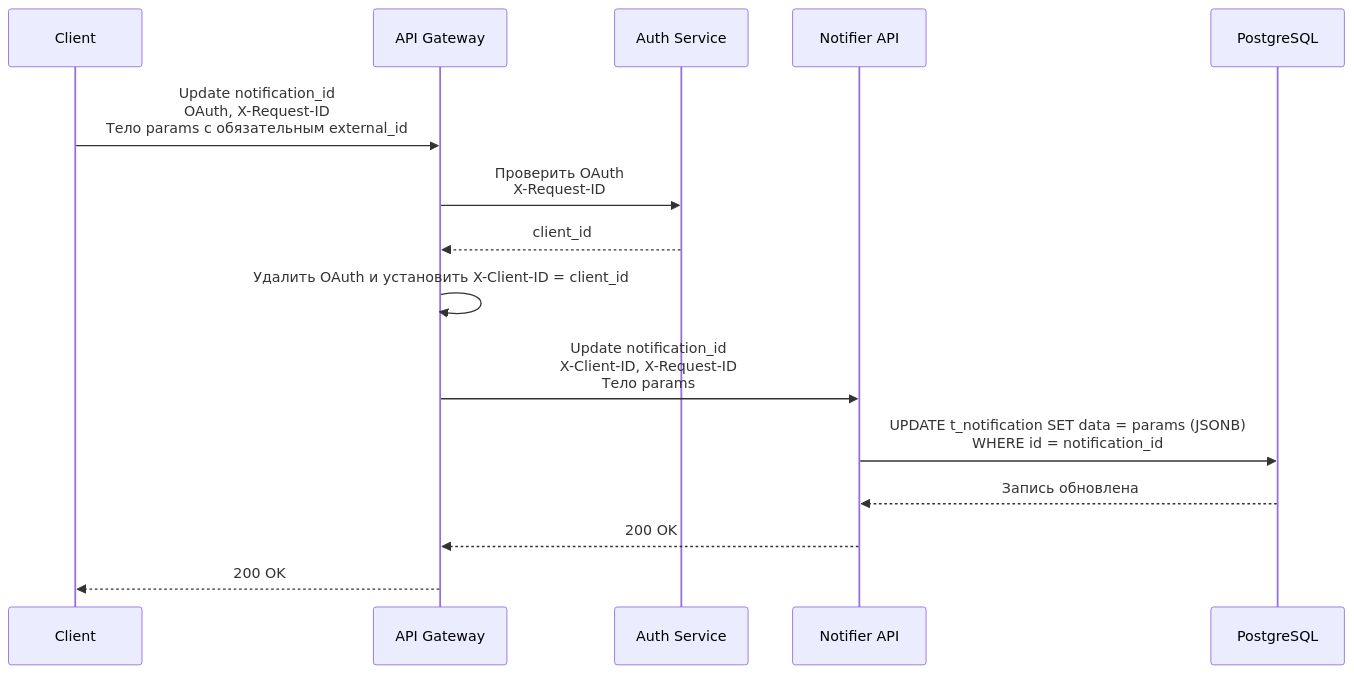
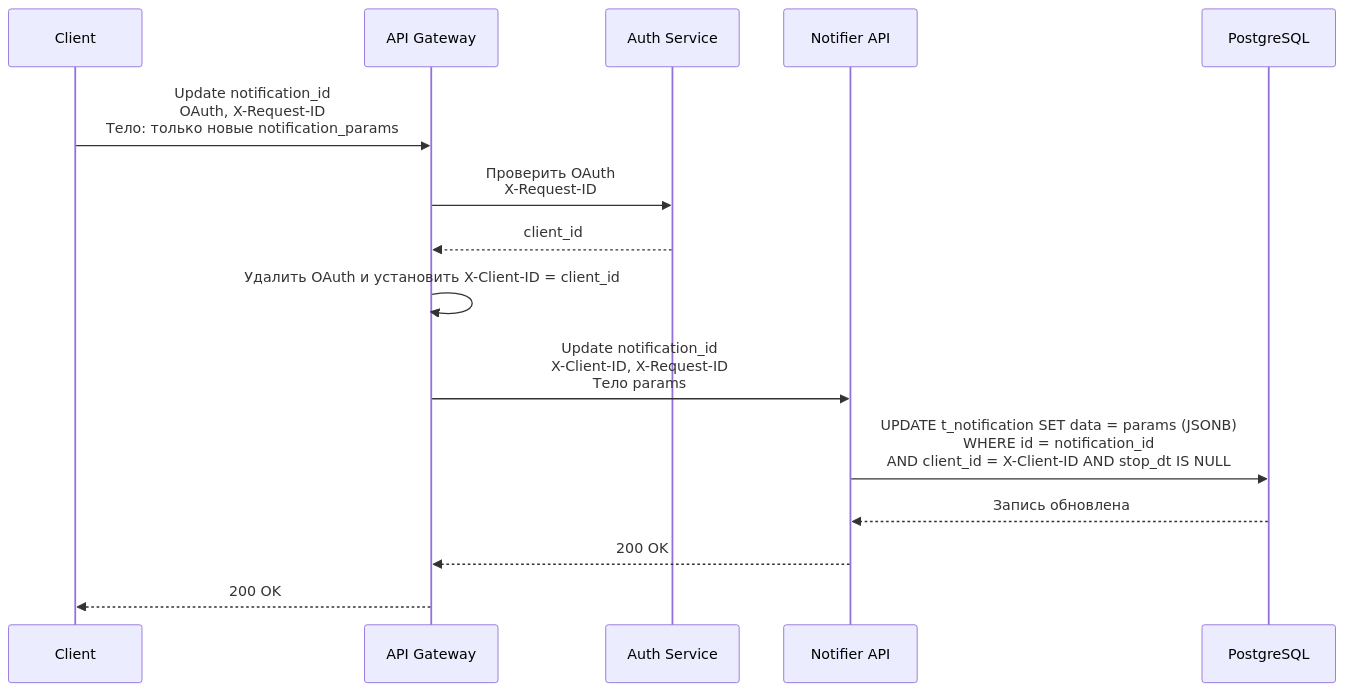
The third of 6 diagrams in README.md (ssunshineguy/notifier), drawn with Mermaid before and after one commit. The commit also changed other lines of this file and 41 other files, not shown here.

````diff
--- a/README.md
+++ b/README.md
@@ -88,18 +88,18 @@
 ```mermaid
 sequenceDiagram
     participant C as Client
     participant G as API Gateway
     participant A as Auth Service
     participant N as Notifier API
     participant DB as PostgreSQL
 
-    C->>G: Update notification_id<br/>OAuth, X-Request-ID<br/>Тело params с обязательным external_id
+    C->>G: Update notification_id<br/>OAuth, X-Request-ID<br/>Тело: только новые notification_params
     G->>A: Проверить OAuth<br/>X-Request-ID
     A-->>G: client_id
     G->>G: Удалить OAuth и установить X-Client-ID = client_id
     G->>N: Update notification_id<br/>X-Client-ID, X-Request-ID<br/>Тело params
-    N->>DB: UPDATE t_notification SET data = params (JSONB)<br/>WHERE id = notification_id
+    N->>DB: UPDATE t_notification SET data = params (JSONB)<br/>WHERE id = notification_id<br/>AND client_id = X-Client-ID AND stop_dt IS NULL
     DB-->>N: Запись обновлена
     N-->>G: 200 OK
     G-->>C: 200 OK
 ```
````
